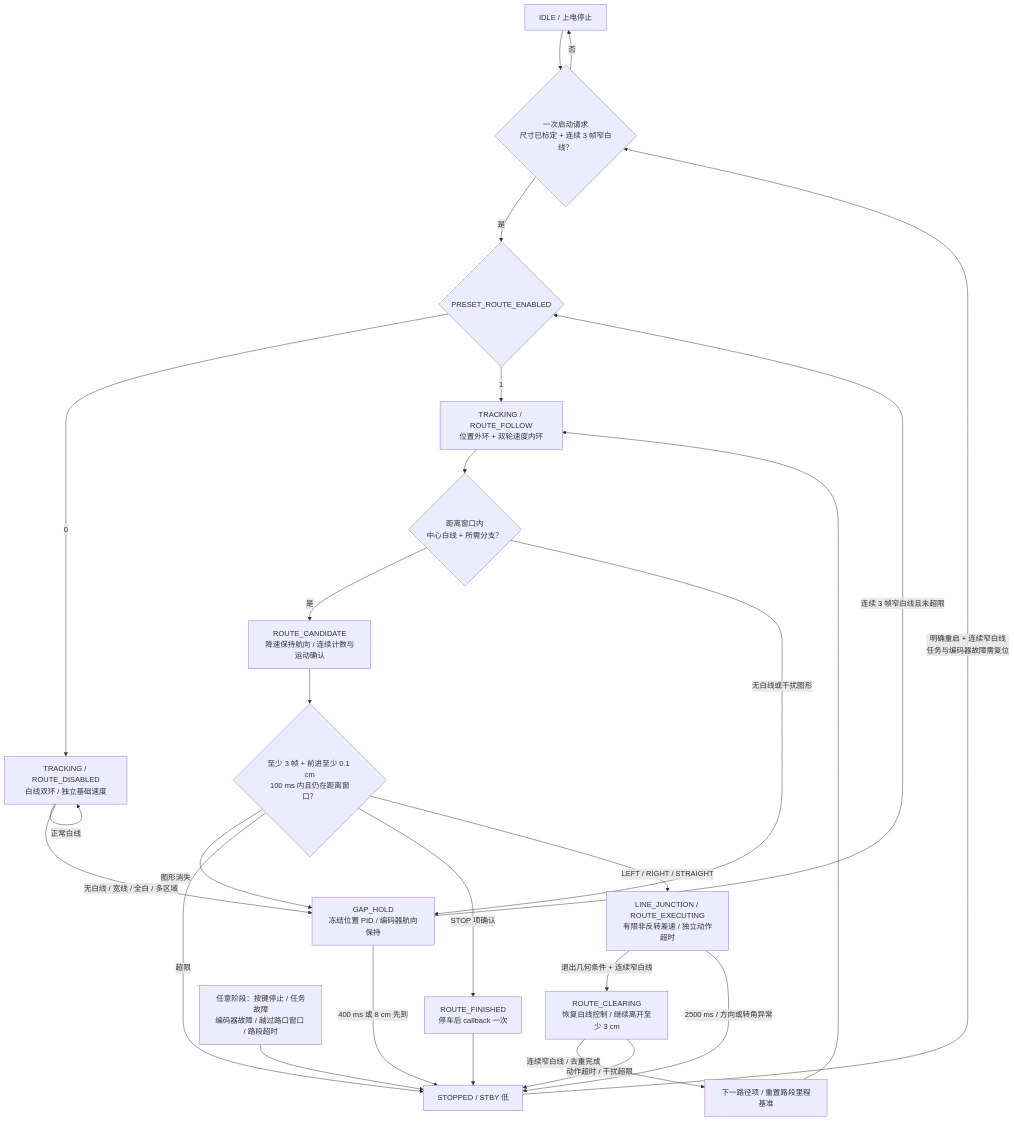
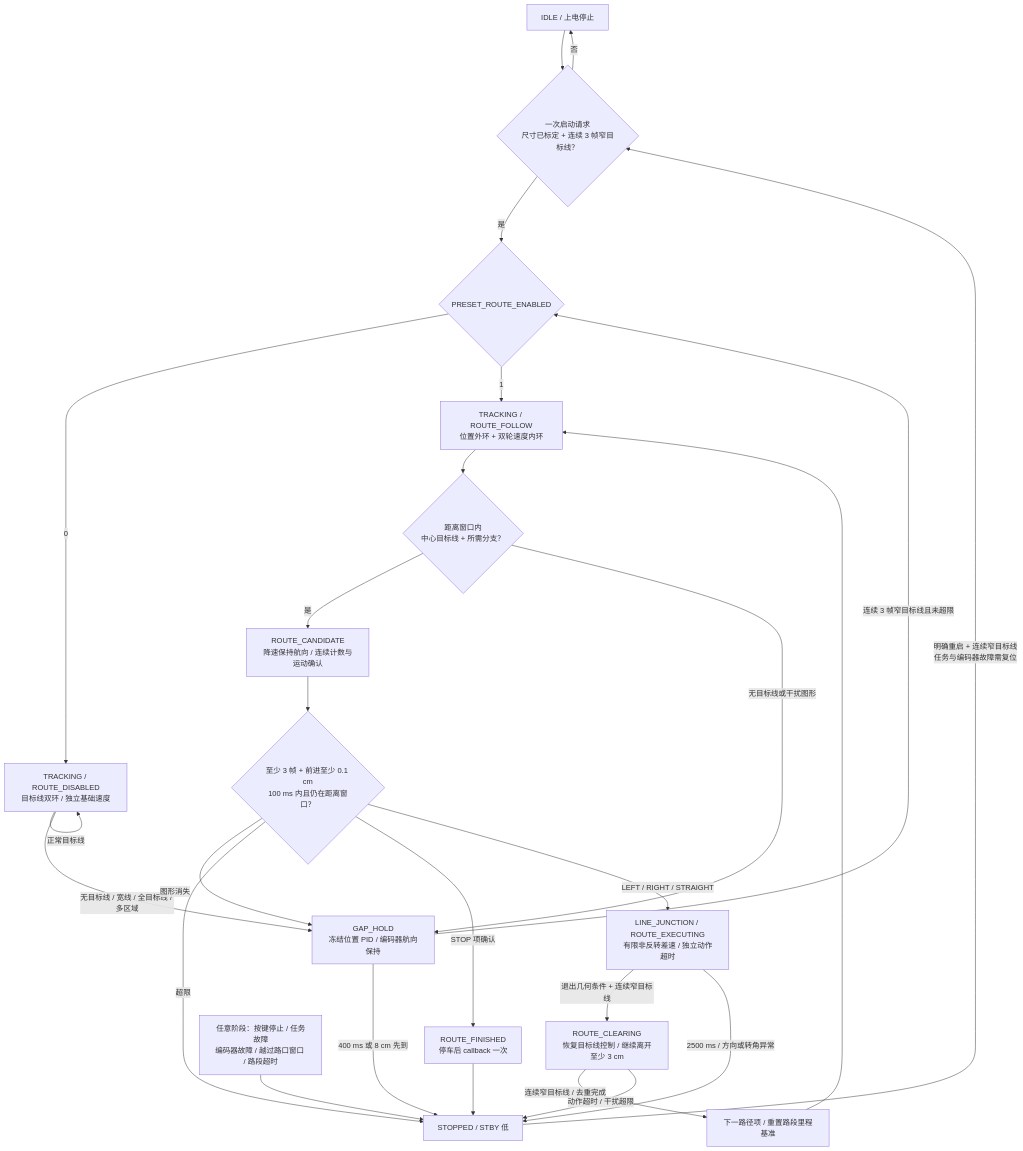
One commit to Nailong-Corporation/car_stm32_school_competition changed the third of 3 diagrams in README.md. Above: the diagram before and after it, drawn with Mermaid. The commit also changed other lines of this file and 18 other files, not shown here.

````diff
--- a/README.md
+++ b/README.md
@@ -258,28 +279,28 @@
 ```mermaid
 flowchart TD
-    IDLE["IDLE / 上电停止"] --> START{"一次启动请求<br/>尺寸已标定 + 连续 3 帧窄白线？"}
+    IDLE["IDLE / 上电停止"] --> START{"一次启动请求<br/>尺寸已标定 + 连续 3 帧窄目标线？"}
     START -->|否| IDLE
     START -->|是| SELECT{"PRESET_ROUTE_ENABLED"}
-    SELECT -->|0| ONLY["TRACKING / ROUTE_DISABLED<br/>白线双环 / 独立基础速度"]
-    ONLY -->|无白线 / 宽线 / 全白 / 多区域| HOLD
-    ONLY -->|正常白线| ONLY
+    SELECT -->|0| ONLY["TRACKING / ROUTE_DISABLED<br/>目标线双环 / 独立基础速度"]
+    ONLY -->|无目标线 / 宽线 / 全目标线 / 多区域| HOLD
+    ONLY -->|正常目标线| ONLY
     SELECT -->|1| FOLLOW["TRACKING / ROUTE_FOLLOW<br/>位置外环 + 双轮速度内环"]
-    FOLLOW --> WINDOW{"距离窗口内<br/>中心白线 + 所需分支？"}
+    FOLLOW --> WINDOW{"距离窗口内<br/>中心目标线 + 所需分支？"}
     WINDOW -->|是| CANDIDATE["ROUTE_CANDIDATE<br/>降速保持航向 / 连续计数与运动确认"]
-    WINDOW -->|无白线或干扰图形| HOLD["GAP_HOLD<br/>冻结位置 PID / 编码器航向保持"]
-    HOLD -->|连续 3 帧窄白线且未超限| SELECT
+    WINDOW -->|无目标线或干扰图形| HOLD["GAP_HOLD<br/>冻结位置 PID / 编码器航向保持"]
+    HOLD -->|连续 3 帧窄目标线且未超限| SELECT
     HOLD -->|400 ms 或 8 cm 先到| STOPPED["STOPPED / STBY 低"]
     CANDIDATE --> CONFIRM{"至少 3 帧 + 前进至少 0.1 cm<br/>100 ms 内且仍在距离窗口？"}
     CONFIRM -->|图形消失| HOLD
     CONFIRM -->|超限| STOPPED
     CONFIRM -->|STOP 项确认| DONE["ROUTE_FINISHED<br/>停车后 callback 一次"]
     DONE --> STOPPED
     CONFIRM -->|LEFT / RIGHT / STRAIGHT| EXEC["LINE_JUNCTION / ROUTE_EXECUTING<br/>有限非反转差速 / 独立动作超时"]
-    EXEC -->|退出几何条件 + 连续窄白线| CLEAR["ROUTE_CLEARING<br/>恢复白线控制 / 继续离开至少 3 cm"]
-    CLEAR -->|连续窄白线 / 去重完成| NEXT["下一路径项 / 重置路段里程基准"]
+    EXEC -->|退出几何条件 + 连续窄目标线| CLEAR["ROUTE_CLEARING<br/>恢复目标线控制 / 继续离开至少 3 cm"]
+    CLEAR -->|连续窄目标线 / 去重完成| NEXT["下一路径项 / 重置路段里程基准"]
     NEXT --> FOLLOW
     EXEC -->|2500 ms / 方向或转角异常| STOPPED
     CLEAR -->|动作超时 / 干扰超限| STOPPED
     ERR["任意阶段：按键停止 / 任务故障<br/>编码器故障 / 越过路口窗口 / 路段超时"] --> STOPPED
-    STOPPED -->|明确重启 + 连续窄白线<br/>任务与编码器故障需复位| START
+    STOPPED -->|明确重启 + 连续窄目标线<br/>任务与编码器故障需复位| START
 ```
````
